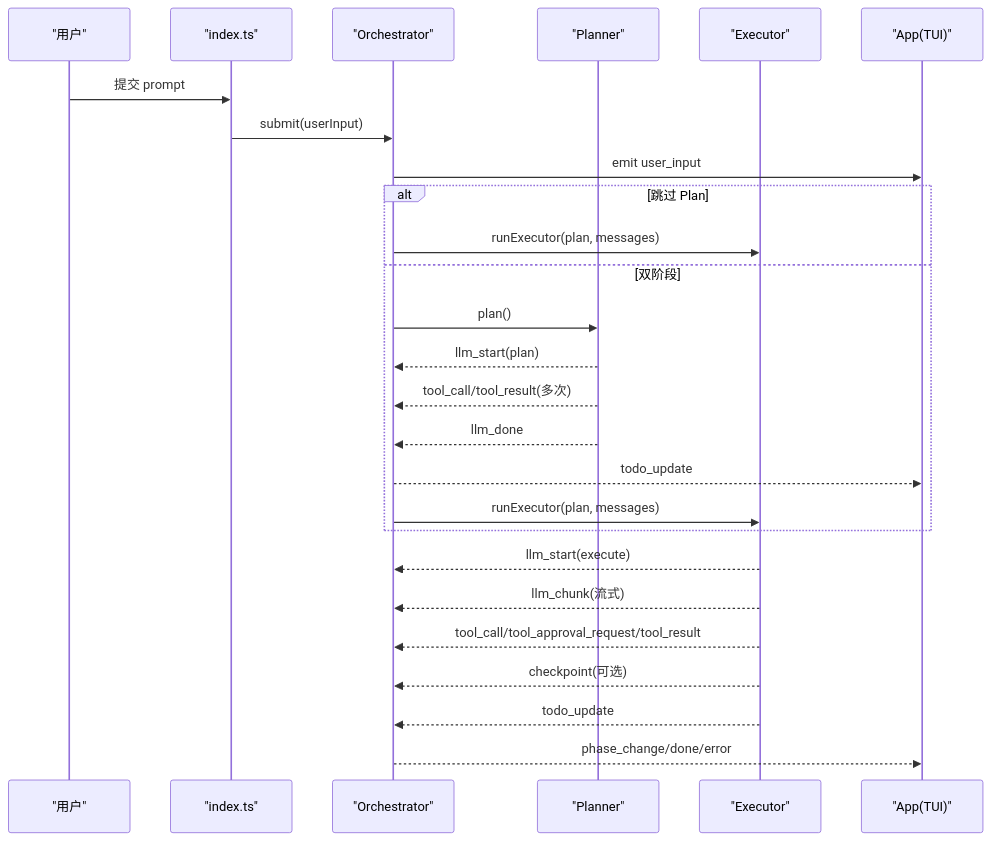
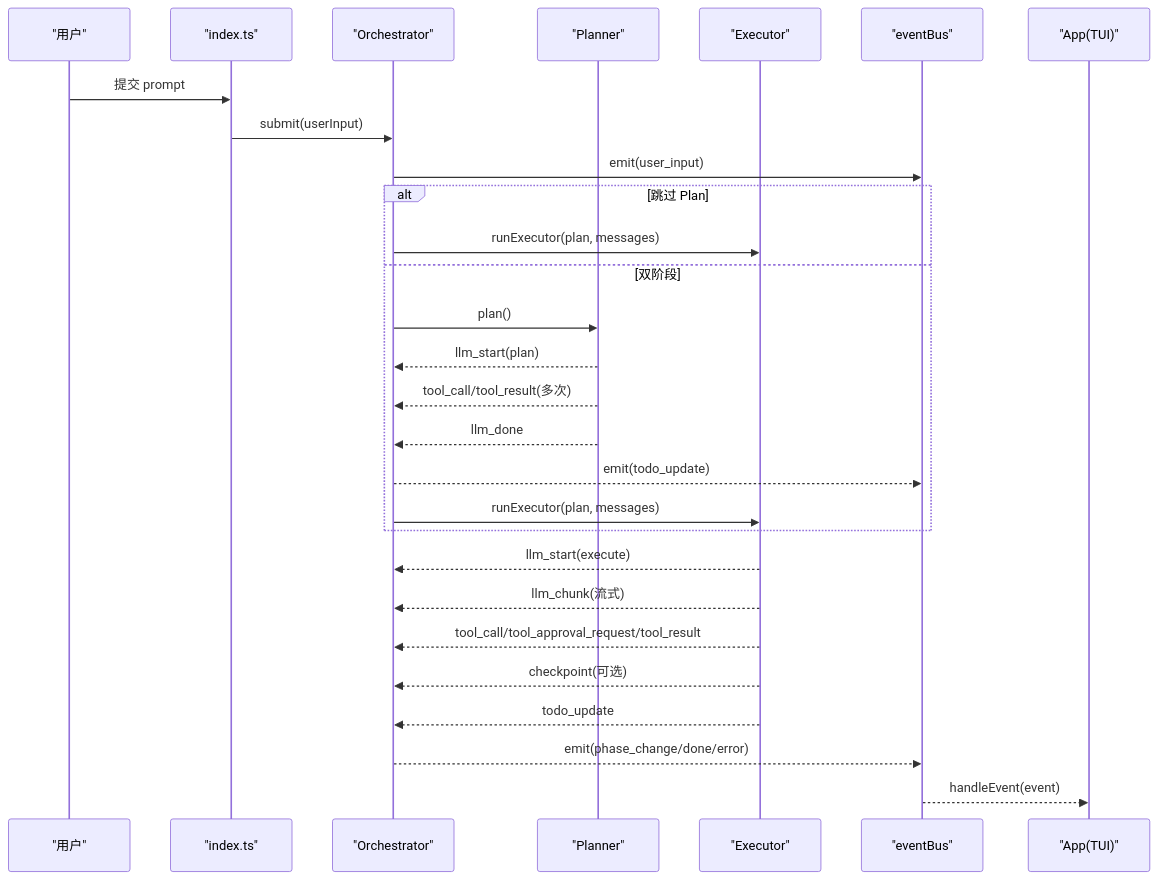
One commit to matter000/Nexus changed the third of 4 diagrams in .qoder/repowiki/zh/content/API 参考/事件系统接口.md. Above: the diagram before and after it, drawn with Mermaid. The commit also changed other lines of this file and 64 other files, not shown here.

````diff
--- a/.qoder/repowiki/zh/content/API 参考/事件系统接口.md
+++ b/.qoder/repowiki/zh/content/API 参考/事件系统接口.md
@@ -88,28 +164,30 @@
 ```mermaid
 sequenceDiagram
 participant U as "用户"
 participant I as "index.ts"
 participant O as "Orchestrator"
 participant P as "Planner"
 participant E as "Executor"
+participant EB as "eventBus"
 participant A as "App(TUI)"
 U->>I : 提交 prompt
 I->>O : submit(userInput)
-O->>A : emit user_input
+O->>EB : emit(user_input)
 alt 跳过 Plan
 O->>E : runExecutor(plan, messages)
 else 双阶段
 O->>P : plan()
 P-->>O : llm_start(plan)
 P-->>O : tool_call/tool_result(多次)
 P-->>O : llm_done
-O-->>A : todo_update
+O-->>EB : emit(todo_update)
 O->>E : runExecutor(plan, messages)
 end
 E-->>O : llm_start(execute)
 E-->>O : llm_chunk(流式)
 E-->>O : tool_call/tool_approval_request/tool_result
 E-->>O : checkpoint(可选)
 E-->>O : todo_update
-O-->>A : phase_change/done/error
+O-->>EB : emit(phase_change/done/error)
+EB-->>A : handleEvent(event)
 ```
````
